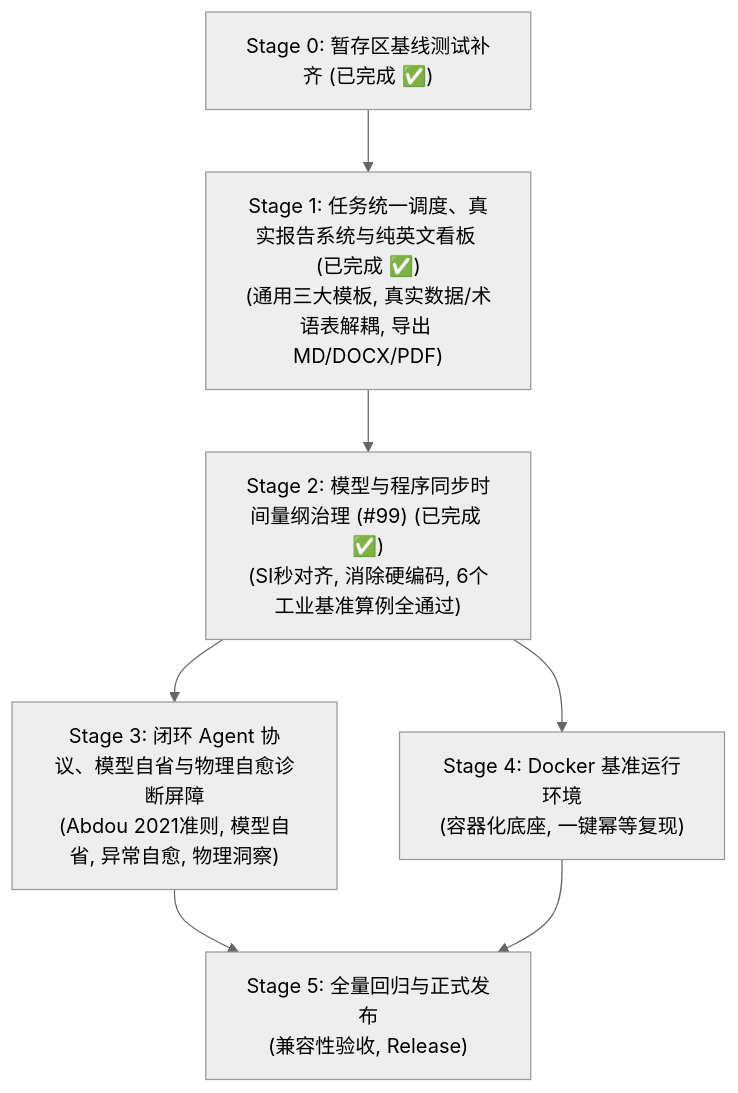
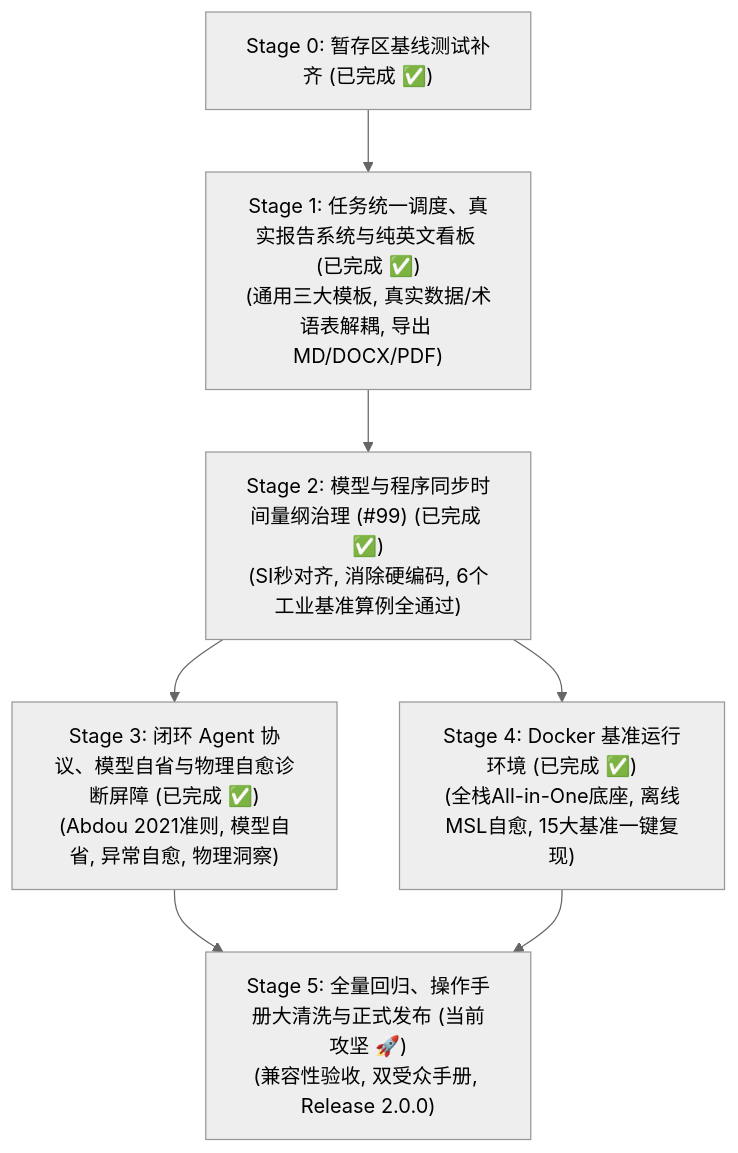
Before and after one commit to couuas/tricys: the third of 3 diagrams in .github/upgrade/V2_DEVELOPMENT_PLAN.md, drawn with Mermaid (neutral theme). The commit also changed other lines of this file and 25 other files, not shown here.

````diff
--- a/.github/upgrade/V2_DEVELOPMENT_PLAN.md
+++ b/.github/upgrade/V2_DEVELOPMENT_PLAN.md
@@ -684,9 +771,9 @@
 ```mermaid
 graph TD
     S0["Stage 0: 暂存区基线测试补齐 (已完成 ✅)"] --> S1["Stage 1: 任务统一调度、真实报告系统与纯英文看板 (已完成 ✅)<br>(通用三大模板, 真实数据/术语表解耦, 导出 MD/DOCX/PDF)"]
     S1 --> S2["Stage 2: 模型与程序同步时间量纲治理 (#99) (已完成 ✅)<br>(SI秒对齐, 消除硬编码, 6个工业基准算例全通过)"]
-    S2 --> S3["Stage 3: 闭环 Agent 协议、模型自省与物理自愈诊断屏障<br>(Abdou 2021准则, 模型自省, 异常自愈, 物理洞察)"]
-    S2 --> S4["Stage 4: Docker 基准运行环境<br>(容器化底座, 一键幂等复现)"]
-    S3 --> S5["Stage 5: 全量回归与正式发布<br>(兼容性验收, Release)"]
+    S2 --> S3["Stage 3: 闭环 Agent 协议、模型自省与物理自愈诊断屏障 (已完成 ✅)<br>(Abdou 2021准则, 模型自省, 异常自愈, 物理洞察)"]
+    S2 --> S4["Stage 4: Docker 基准运行环境 (已完成 ✅)<br>(全栈All-in-One底座, 离线MSL自愈, 15大基准一键复现)"]
+    S3 --> S5["Stage 5: 全量回归、操作手册大清洗与正式发布 (当前攻坚 🚀)<br>(兼容性验收, 双受众手册, Release 2.0.0)"]
     S4 --> S5
 ```
````
